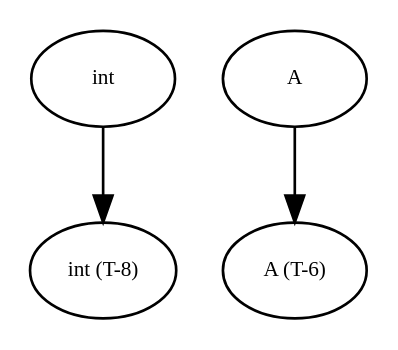
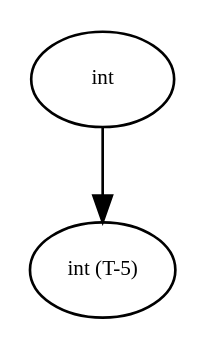
One commit to HarelOpler/livescript-inference changed the diagram in graphs/debug_tree0.dot. Above: the diagram before and after it, drawn with Graphviz. The commit also changed 18 other files, not shown here.

```diff
--- a/graphs/debug_tree0.dot
+++ b/graphs/debug_tree0.dot
@@ -1,29 +1,15 @@
 digraph RGL__DirectedAdjacencyGraph {
     int [
         fontsize = 8,
         label = int
     ]
 
-    "int (T-8)" [
+    "int (T-5)" [
         fontsize = 8,
-        label = "int (T-8)"
+        label = "int (T-5)"
     ]
 
-    A [
-        fontsize = 8,
-        label = A
-    ]
-
-    "A (T-6)" [
-        fontsize = 8,
-        label = "A (T-6)"
-    ]
-
-    int -> "int (T-8)" [
-        fontsize = 8
-    ]
-
-    A -> "A (T-6)" [
+    int -> "int (T-5)" [
         fontsize = 8
     ]
 }
```
